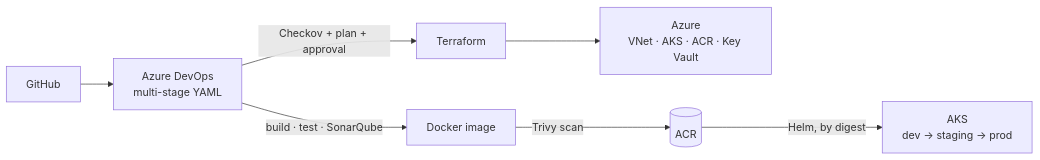
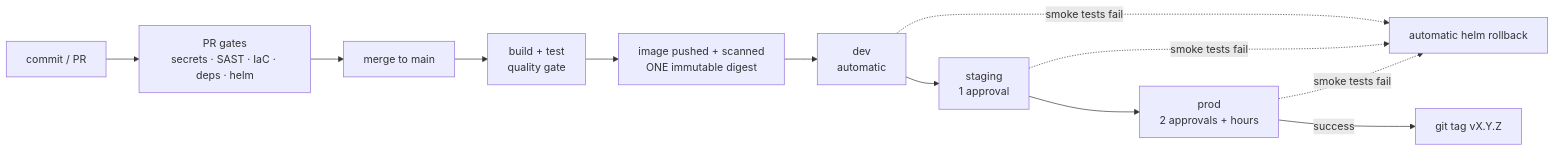
The diagram in README.md (jimslelg/azure-devsecops-cicd-platform), drawn with Mermaid before and after one commit. The commit also changed other lines of this file and 6 other files, not shown here.

Commit message:
docs: pipeline design, security controls matrix, variable groups, setup guide, rollback runbook, roadmap, final README

````diff
--- a/README.md
+++ b/README.md
@@ -31,8 +13,10 @@
 ```mermaid
 flowchart LR
-    GH[GitHub] --> ADO[Azure DevOps<br/>multi-stage YAML]
-    ADO -->|Checkov + plan + approval| TF[Terraform] --> AZ[Azure<br/>VNet · AKS · ACR · Key Vault]
-    ADO -->|build · test · SonarQube| IMG[Docker image]
-    IMG -->|Trivy scan| ACR[(ACR)]
-    ACR -->|Helm, by digest| AKS[AKS<br/>dev → staging → prod]
+    C[commit / PR] --> G[PR gates<br/>secrets · SAST · IaC · deps · helm]
+    G --> M[merge to main]
+    M --> B[build + test<br/>quality gate]
+    B --> P[image pushed + scanned<br/>ONE immutable digest]
+    P --> D1[dev<br/>automatic] --> D2[staging<br/>1 approval] --> D3[prod<br/>2 approvals + hours]
+    D1 & D2 & D3 -.->|smoke tests fail| R[automatic helm rollback]
+    D3 -->|success| T[git tag vX.Y.Z]
 ```
````
